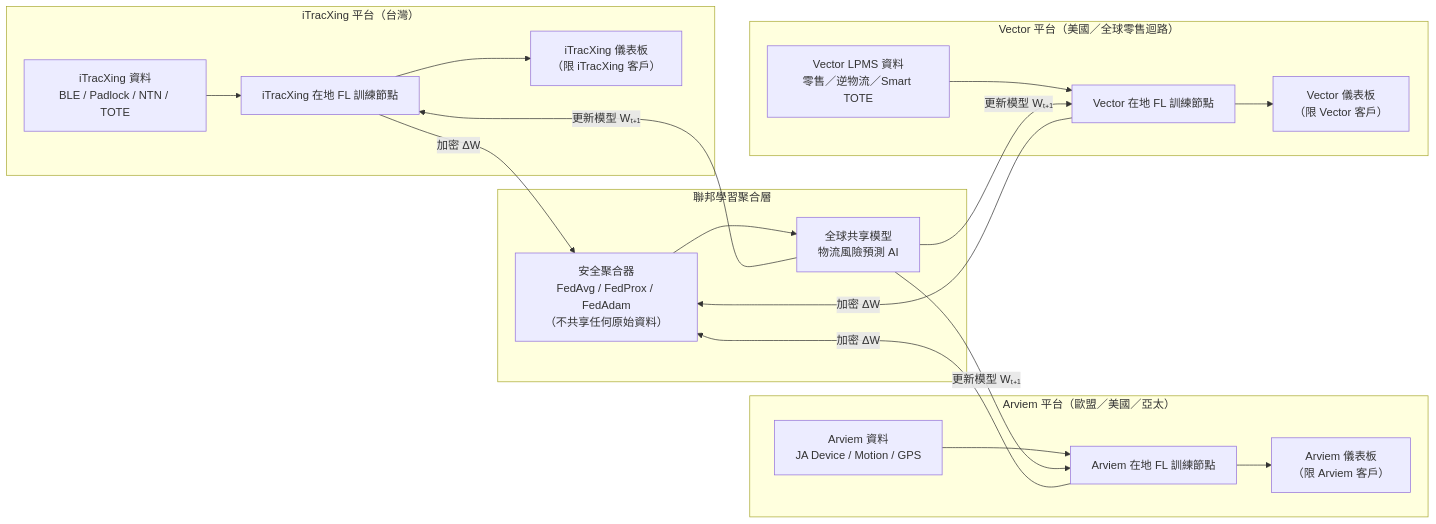
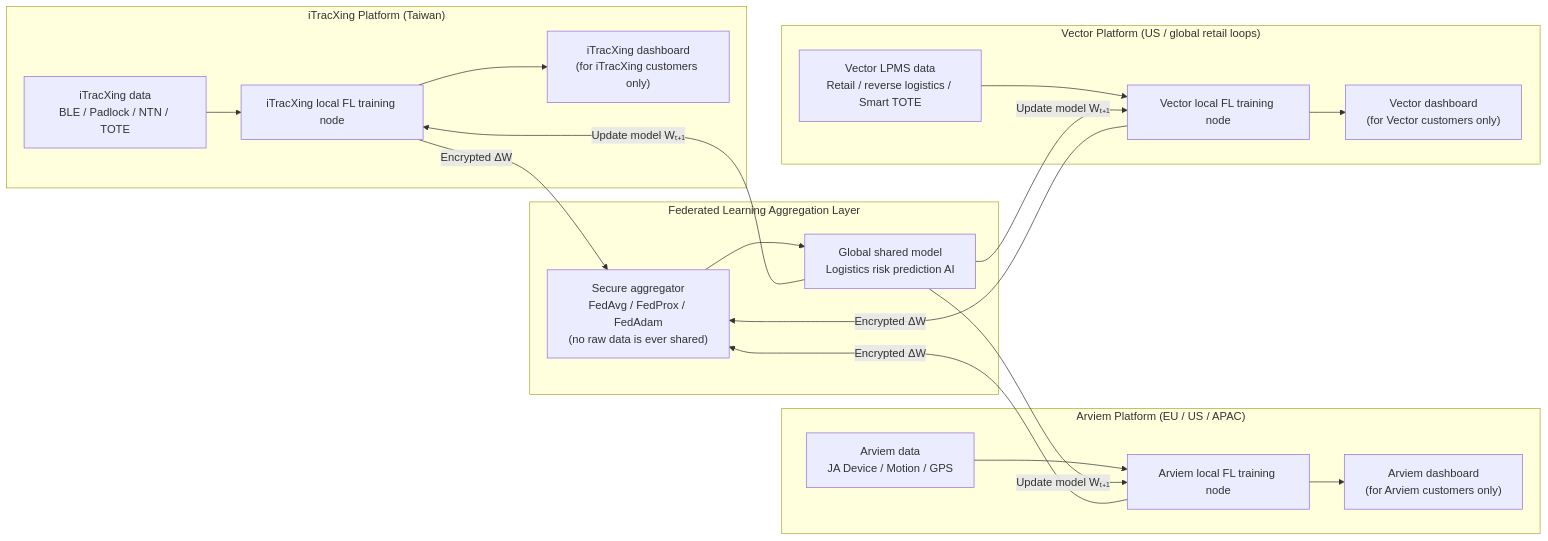
One commit to jshuo/ai-moea-proposal changed the ninth of 10 diagrams in proposal/ItracXing-Arviem-Taiwan-MOEA-Subsidy-Application.md. Above: the diagram before and after it, drawn with Mermaid. The commit also changed other lines of this file and 1 other file, not shown here.

Commit message:
Refactor diagrams and text for clarity and consistency in the AI Application Acceleration Program proposal

````diff
--- a/proposal/ItracXing-Arviem-Taiwan-MOEA-Subsidy-Application.md
+++ b/proposal/ItracXing-Arviem-Taiwan-MOEA-Subsidy-Application.md
@@ -872,61 +871,61 @@
 ```mermaid
 flowchart LR
 
   %% ===========================
-  %%   iTracXing 平台
+  %%   iTracXing Platform
   %% ===========================
-  subgraph ITX["iTracXing 平台（台灣）"]
-    ITX_Data["iTracXing 資料<br>BLE / Padlock / NTN / TOTE"]
-    ITX_ML["iTracXing 在地 FL 訓練節點"]
-    ITX_UI["iTracXing 儀表板<br>（限 iTracXing 客戶）"]
+  subgraph ITX["iTracXing Platform (Taiwan)"]
+    ITX_Data["iTracXing data<br>BLE / Padlock / NTN / TOTE"]
+    ITX_ML["iTracXing local FL training node"]
+    ITX_UI["iTracXing dashboard<br>(for iTracXing customers only)"]
   end
 
   ITX_Data --> ITX_ML
   ITX_ML --> ITX_UI
 
 
   %% ===========================
-  %%   Arviem 平台
+  %%   Arviem Platform
   %% ===========================
-  subgraph ARV["Arviem 平台（歐盟／美國／亞太）"]
-    ARV_Data["Arviem 資料<br>JA Device / Motion / GPS"]
-    ARV_ML["Arviem 在地 FL 訓練節點"]
-    ARV_UI["Arviem 儀表板<br>（限 Arviem 客戶）"]
+  subgraph ARV["Arviem Platform (EU / US / APAC)"]
+    ARV_Data["Arviem data<br>JA Device / Motion / GPS"]
+    ARV_ML["Arviem local FL training node"]
+    ARV_UI["Arviem dashboard<br>(for Arviem customers only)"]
   end
 
   ARV_Data --> ARV_ML
   ARV_ML --> ARV_UI
 
 
   %% ===========================
-  %%   Vector 平台
+  %%   Vector Platform
   %% ===========================
-  subgraph VEC["Vector 平台（美國／全球零售迴路）"]
-    VEC_Data["Vector LPMS 資料<br>零售／逆物流／Smart TOTE"]
-    VEC_ML["Vector 在地 FL 訓練節點"]
-    VEC_UI["Vector 儀表板<br>（限 Vector 客戶）"]
+  subgraph VEC["Vector Platform (US / global retail loops)"]
+    VEC_Data["Vector LPMS data<br>Retail / reverse logistics / Smart TOTE"]
+    VEC_ML["Vector local FL training node"]
+    VEC_UI["Vector dashboard<br>(for Vector customers only)"]
   end
 
   VEC_Data --> VEC_ML
   VEC_ML --> VEC_UI
 
 
   %% ===========================
-  %%   聯邦學習聚合層
+  %%   Federated Learning Aggregation Layer
   %% ===========================
-  ITX_ML -->|加密 ΔW| AGG
-  ARV_ML -->|加密 ΔW| AGG
-  VEC_ML -->|加密 ΔW| AGG
+  ITX_ML -->|Encrypted ΔW| AGG
+  ARV_ML -->|Encrypted ΔW| AGG
+  VEC_ML -->|Encrypted ΔW| AGG
 
-  subgraph FED["聯邦學習聚合層"]
-    AGG["安全聚合器<br>FedAvg / FedProx / FedAdam<br>（不共享任何原始資料）"]
-    GM["全球共享模型<br>物流風險預測 AI"]
+  subgraph FED["Federated Learning Aggregation Layer"]
+    AGG["Secure aggregator<br>FedAvg / FedProx / FedAdam<br>(no raw data is ever shared)"]
+    GM["Global shared model<br>Logistics risk prediction AI"]
   end
 
   AGG --> GM
 
-  %% 重新下發全球更新模型
-  GM -->|更新模型 Wₜ₊₁| ITX_ML
-  GM -->|更新模型 Wₜ₊₁| ARV_ML
-  GM -->|更新模型 Wₜ₊₁| VEC_ML
+  %% Distribute updated global model
+  GM -->|Update model Wₜ₊₁| ITX_ML
+  GM -->|Update model Wₜ₊₁| ARV_ML
+  GM -->|Update model Wₜ₊₁| VEC_ML
 ```
````
